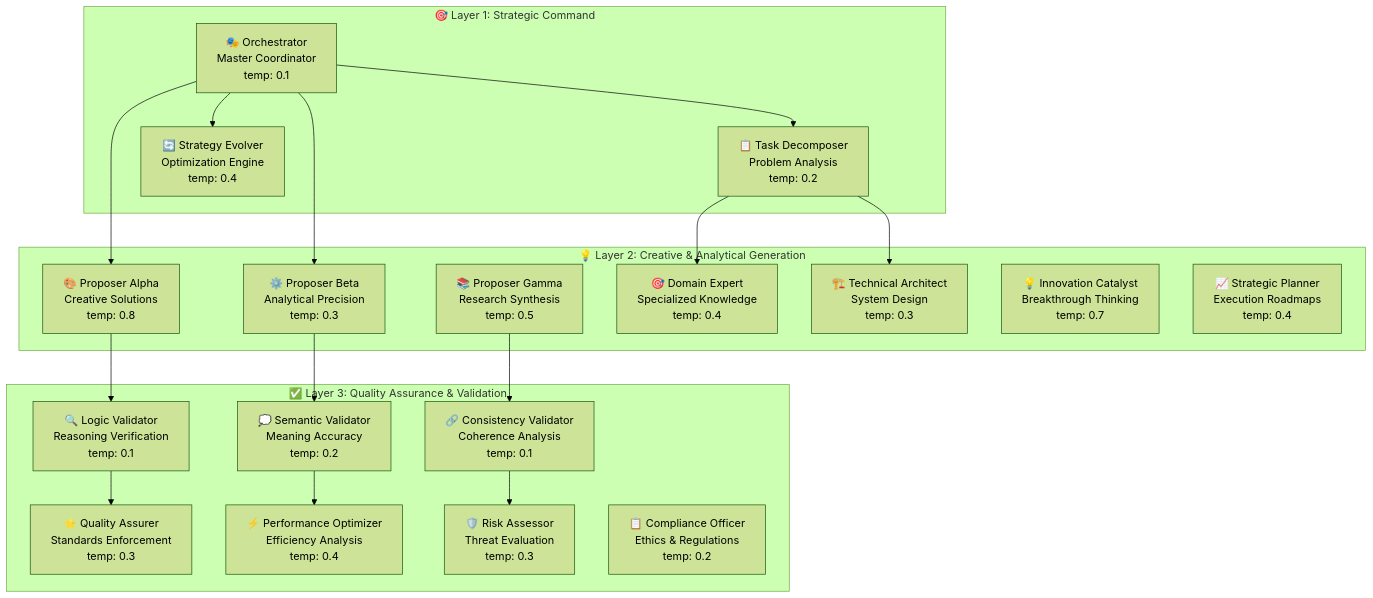
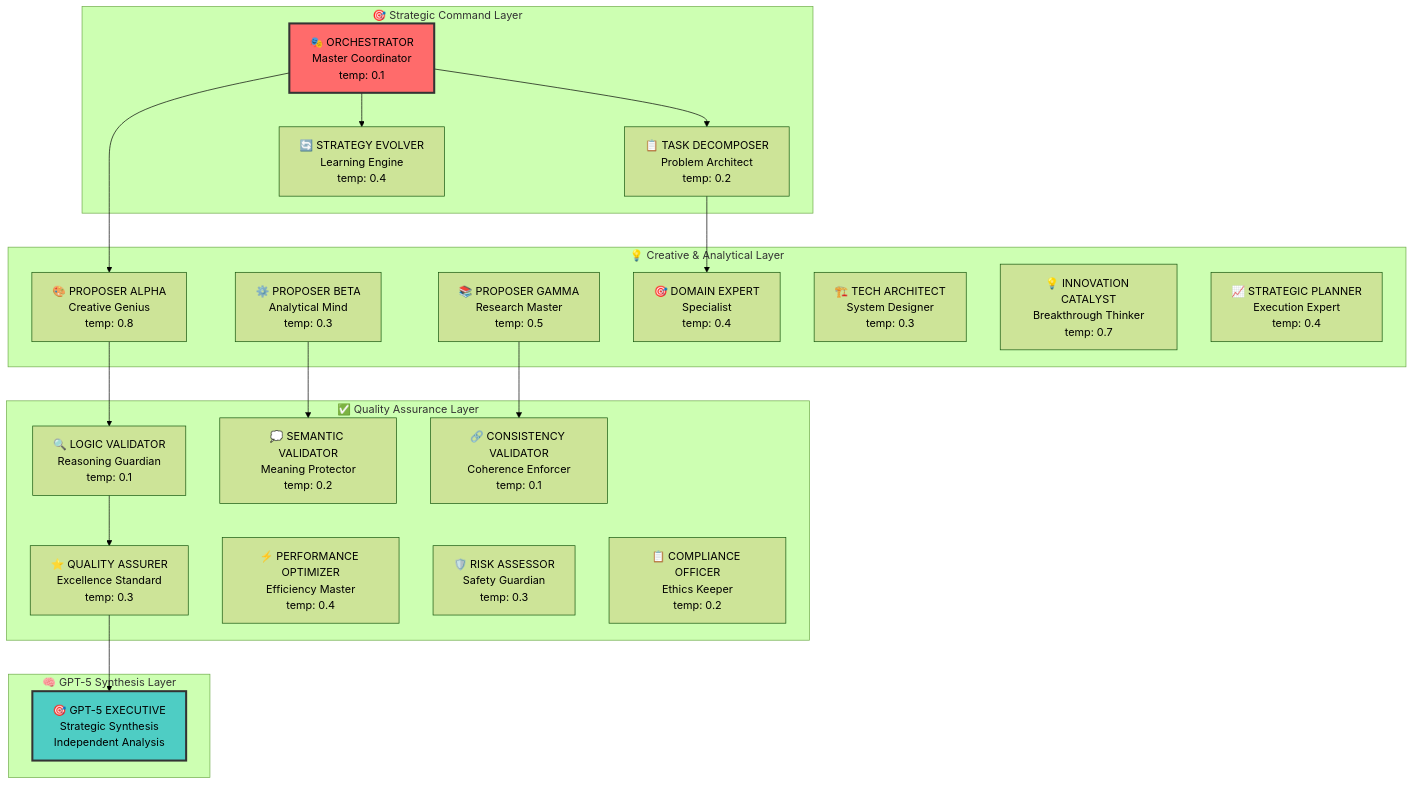
One commit to keef75/SEFAS-GPT5 changed the diagram in README.md. Above: the diagram before and after it, drawn with Mermaid (forest theme). The commit also changed other lines of this file and 2 other files, not shown here.

````diff
--- a/README.md
+++ b/README.md
@@ -79,41 +92,45 @@
 ```mermaid
 graph TB
-    subgraph "🎯 Layer 1: Strategic Command"
-        O[🎭 Orchestrator<br/>Master Coordinator<br/>temp: 0.1]
-        TD[📋 Task Decomposer<br/>Problem Analysis<br/>temp: 0.2]
-        SE[🔄 Strategy Evolver<br/>Optimization Engine<br/>temp: 0.4]
+    subgraph "🎯 Strategic Command Layer"
+        O[🎭 ORCHESTRATOR<br/>Master Coordinator<br/>temp: 0.1]
+        TD[📋 TASK DECOMPOSER<br/>Problem Architect<br/>temp: 0.2]
+        SE[🔄 STRATEGY EVOLVER<br/>Learning Engine<br/>temp: 0.4]
     end
     
-    subgraph "💡 Layer 2: Creative & Analytical Generation"
-        PA[🎨 Proposer Alpha<br/>Creative Solutions<br/>temp: 0.8]
-        PB[⚙️ Proposer Beta<br/>Analytical Precision<br/>temp: 0.3]
-        PG[📚 Proposer Gamma<br/>Research Synthesis<br/>temp: 0.5]
-        DE[🎯 Domain Expert<br/>Specialized Knowledge<br/>temp: 0.4]
-        TA[🏗️ Technical Architect<br/>System Design<br/>temp: 0.3]
-        IC[💡 Innovation Catalyst<br/>Breakthrough Thinking<br/>temp: 0.7]
-        SP[📈 Strategic Planner<br/>Execution Roadmaps<br/>temp: 0.4]
+    subgraph "💡 Creative & Analytical Layer"
+        PA[🎨 PROPOSER ALPHA<br/>Creative Genius<br/>temp: 0.8]
+        PB[⚙️ PROPOSER BETA<br/>Analytical Mind<br/>temp: 0.3]
+        PG[📚 PROPOSER GAMMA<br/>Research Master<br/>temp: 0.5]
+        DE[🎯 DOMAIN EXPERT<br/>Specialist<br/>temp: 0.4]
+        TA[🏗️ TECH ARCHITECT<br/>System Designer<br/>temp: 0.3]
+        IC[💡 INNOVATION CATALYST<br/>Breakthrough Thinker<br/>temp: 0.7]
+        SP[📈 STRATEGIC PLANNER<br/>Execution Expert<br/>temp: 0.4]
     end
     
-    subgraph "✅ Layer 3: Quality Assurance & Validation"
-        CL[🔍 Logic Validator<br/>Reasoning Verification<br/>temp: 0.1]
-        CS[💭 Semantic Validator<br/>Meaning Accuracy<br/>temp: 0.2]
-        CC[🔗 Consistency Validator<br/>Coherence Analysis<br/>temp: 0.1]
-        QA[⭐ Quality Assurer<br/>Standards Enforcement<br/>temp: 0.3]
-        PO[⚡ Performance Optimizer<br/>Efficiency Analysis<br/>temp: 0.4]
-        RA[🛡️ Risk Assessor<br/>Threat Evaluation<br/>temp: 0.3]
-        CO[📋 Compliance Officer<br/>Ethics & Regulations<br/>temp: 0.2]
+    subgraph "✅ Quality Assurance Layer"
+        LV[🔍 LOGIC VALIDATOR<br/>Reasoning Guardian<br/>temp: 0.1]
+        SV[💭 SEMANTIC VALIDATOR<br/>Meaning Protector<br/>temp: 0.2]
+        CV[🔗 CONSISTENCY VALIDATOR<br/>Coherence Enforcer<br/>temp: 0.1]
+        QA[⭐ QUALITY ASSURER<br/>Excellence Standard<br/>temp: 0.3]
+        PO[⚡ PERFORMANCE OPTIMIZER<br/>Efficiency Master<br/>temp: 0.4]
+        RA[🛡️ RISK ASSESSOR<br/>Safety Guardian<br/>temp: 0.3]
+        CO[📋 COMPLIANCE OFFICER<br/>Ethics Keeper<br/>temp: 0.2]
+    end
+    
+    subgraph "🧠 GPT-5 Synthesis Layer"
+        G5[🎯 GPT-5 EXECUTIVE<br/>Strategic Synthesis<br/>Independent Analysis]
     end
     
     O --> TD
     O --> SE
     O --> PA
-    O --> PB
     TD --> DE
-    TD --> TA
-    PA --> CL
-    PB --> CS
-    PG --> CC
-    CL --> QA
-    CS --> PO
-    CC --> RA
+    PA --> LV
+    PB --> SV
+    PG --> CV
+    LV --> QA
+    QA --> G5
+    
+    style O fill:#ff6b6b,stroke:#333,stroke-width:3px
+    style G5 fill:#4ecdc4,stroke:#333,stroke-width:3px
 ```
````
